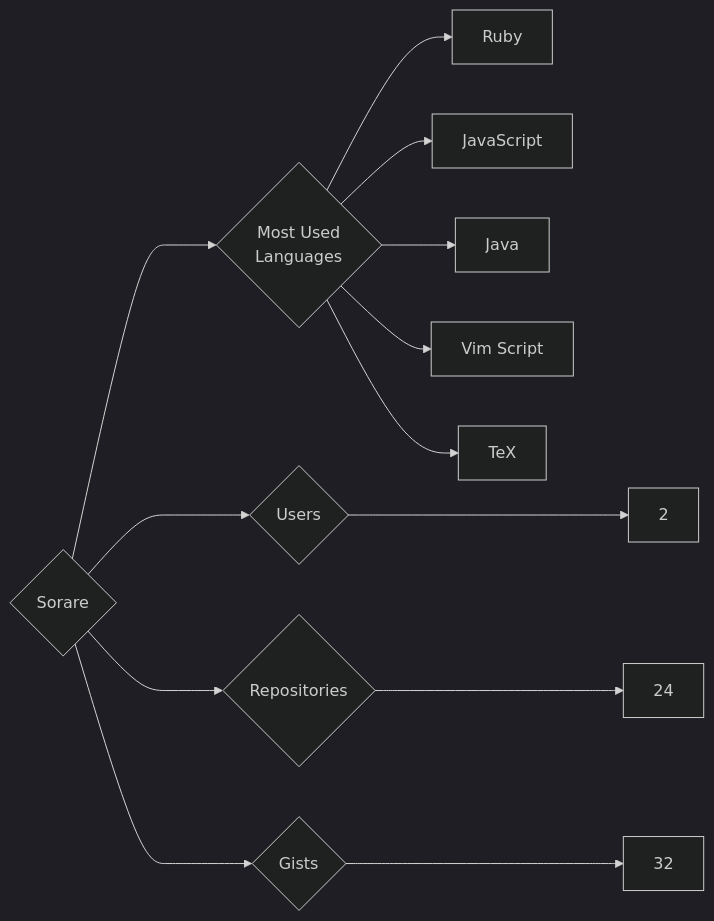
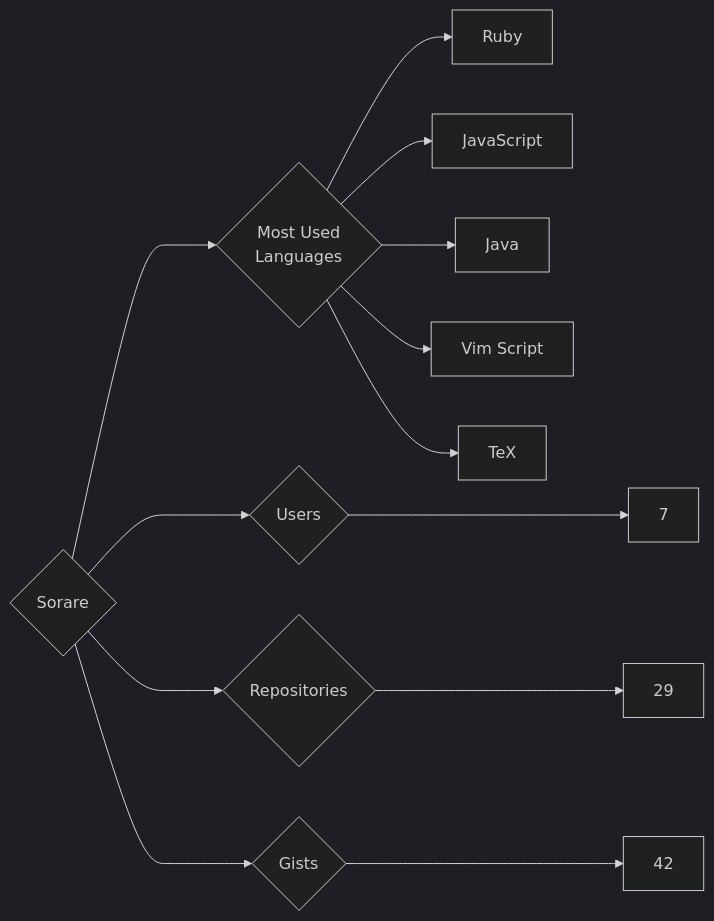
Before and after one commit to trickest/insiders: the diagram in targets/Sorare/README.md, drawn with Mermaid (dark theme). The commit also changed 1696 other files, not shown here.

````diff
--- a/targets/Sorare/README.md
+++ b/targets/Sorare/README.md
@@ -3,13 +3,13 @@
 ```mermaid
 graph LR
 COMPANY_NAME{Sorare}
-COMPANY_NAME ---> U{Users} ---> UN[2]
-COMPANY_NAME ---> R{Repositories} ---> RN[24]
-COMPANY_NAME ---> G{Gists} ---> GN[32]
+COMPANY_NAME ---> U{Users} ---> UN[7]
+COMPANY_NAME ---> R{Repositories} ---> RN[29]
+COMPANY_NAME ---> G{Gists} ---> GN[42]
 COMPANY_NAME ---> ML{Most Used<br>Languages}
 ML --> Ruby[Ruby]
 ML --> JavaScript[JavaScript]
 ML --> Java[Java]
 ML --> Vim_Script[Vim Script]
 ML --> TeX[TeX]
 ```
````
